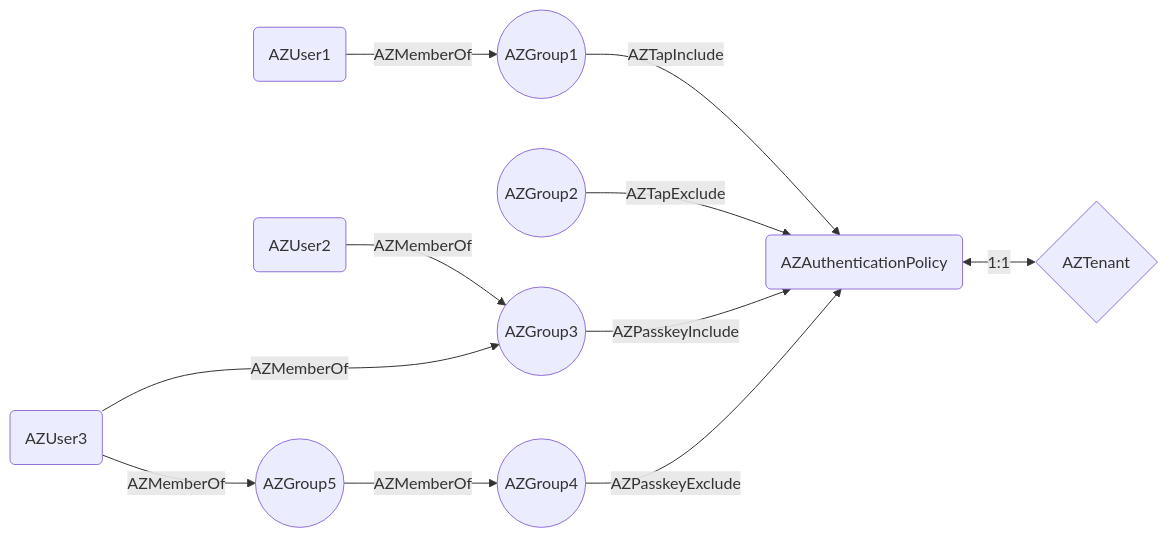
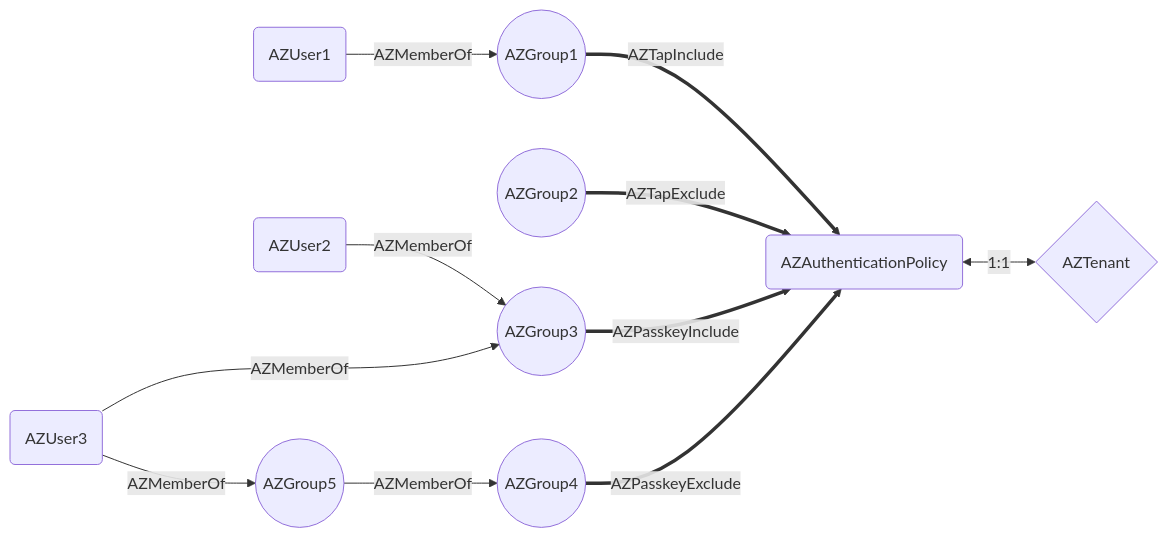
Before and after one commit to MichaelGrafnetter/EntraAuthPolicyHound: the first of 4 diagrams in README.md, drawn with Mermaid. The commit also changed other lines of this file, not shown here.

Commit message:
Minor graph changes

````diff
--- a/README.md
+++ b/README.md
@@ -159,15 +159,15 @@
 ```mermaid
 graph LR
-    g1((AZGroup1)) -- AZTapInclude --> P(AZAuthenticationPolicy)
-    g2((AZGroup2)) -- AZTapExclude --> P
+    g1((AZGroup1)) == AZTapInclude ==> P(AZAuthenticationPolicy)
+    g2((AZGroup2)) == AZTapExclude ==> P
     u1(AZUser1) -- AZMemberOf --> g1
 
-    g3((AZGroup3)) -- AZPasskeyInclude --> P(AZAuthenticationPolicy)
-    g4((AZGroup4)) -- AZPasskeyExclude --> P
+    g3((AZGroup3)) == AZPasskeyInclude ==> P(AZAuthenticationPolicy)
+    g4((AZGroup4)) == AZPasskeyExclude ==> P
     u2(AZUser2) -- AZMemberOf --> g3
     g5((AZGroup5)) -- AZMemberOf --> g4
     u3(AZUser3) -- AZMemberOf --> g5
     u3 -- AZMemberOf --> g3
 
     P <-- 1:1 --> t{AZTenant}
 ```
````
